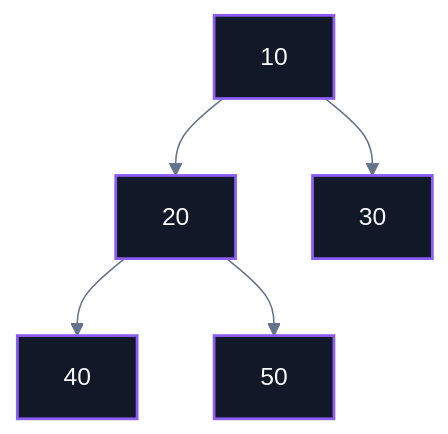
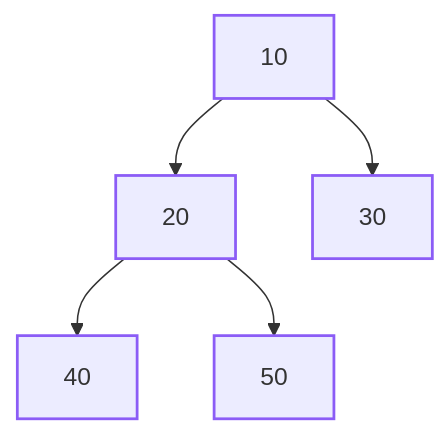
Before and after one commit to abhinavbharti2345/CS_Notes: the fourth of 8 diagrams in CS/DSA/07. Trees & BSTs/01. Binary Tree Fundamentals.md, drawn with Mermaid. The commit also changed other lines of this file and 91 other files, not shown here.

````diff
--- a/CS/DSA/07. Trees & BSTs/01. Binary Tree Fundamentals.md
+++ b/CS/DSA/07. Trees & BSTs/01. Binary Tree Fundamentals.md
@@ -171,17 +167,16 @@
 ```mermaid
-%%{init: {'theme': 'base', 'themeVariables': { 'darkMode': true, 'background': '#0B0F14', 'mainBkg': '#111827', 'primaryColor': '#111827', 'primaryTextColor': '#F8FAFC', 'primaryBorderColor': '#38BDF8', 'lineColor': '#64748B', 'secondaryColor': '#0B0F14', 'tertiaryColor': '#0B0F14', 'clusterBkg': '#0B0F14', 'clusterBorder': '#38BDF8' }}}%%
 flowchart TD
     N10["10"]
     N20["20"]
     N30["30"]
     N40["40"]
     N50["50"]
 
     N10 --> N20
     N10 --> N30
     N20 --> N40
     N20 --> N50
 
-    classDef nodeStyle fill:#111827,stroke:#8b5cf6,stroke-width:1.8px,color:#F8FAFC;
+    classDef nodeStyle stroke:#8b5cf6,stroke-width:1.8px;
     class N10,N20,N30,N40,N50 nodeStyle;
 ```
````
